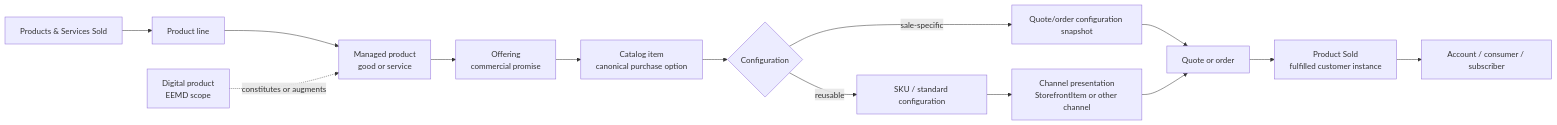
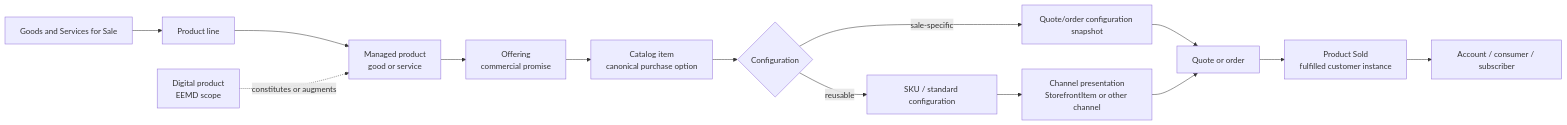
Before and after one commit to OpenDigitalProductFactory/opendigitalproductfactory: the second of 2 diagrams in docs/superpowers/specs/2026-07-27-product-management-operating-loop-design.md, drawn with Mermaid. The commit also changed other lines of this file and 21 other files, not shown here.

````diff
--- a/docs/superpowers/specs/2026-07-27-product-management-operating-loop-design.md
+++ b/docs/superpowers/specs/2026-07-27-product-management-operating-loop-design.md
@@ -173,16 +173,16 @@
 ```mermaid
 flowchart LR
-    PF["Products & Services Sold"] --> PL["Product line"]
+    PF["Goods and Services for Sale"] --> PL["Product line"]
     PL --> P["Managed product<br/>good or service"]
     DP["Digital product<br/>EEMD scope"] -. "constitutes or augments" .-> P
     P --> OF["Offering<br/>commercial promise"]
     OF --> CI["Catalog item<br/>canonical purchase option"]
     CI --> CF{"Configuration"}
     CF -->|reusable| SKU["SKU / standard configuration"]
     CF -->|sale-specific| OS["Quote/order configuration snapshot"]
     SKU --> CH["Channel presentation<br/>StorefrontItem or other channel"]
     OS --> QO["Quote or order"]
     CH --> QO
     QO --> PS["Product Sold<br/>fulfilled customer instance"]
     PS --> CU["Account / consumer / subscriber"]
 ```
````
